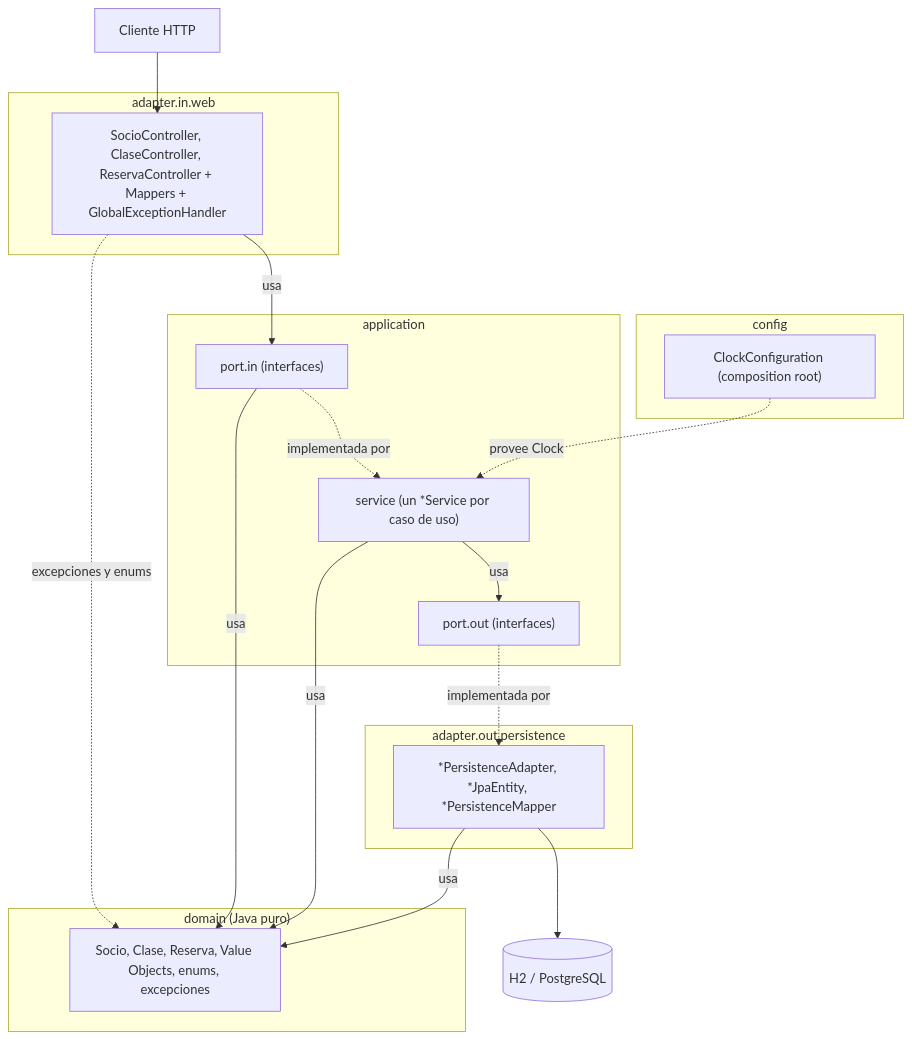
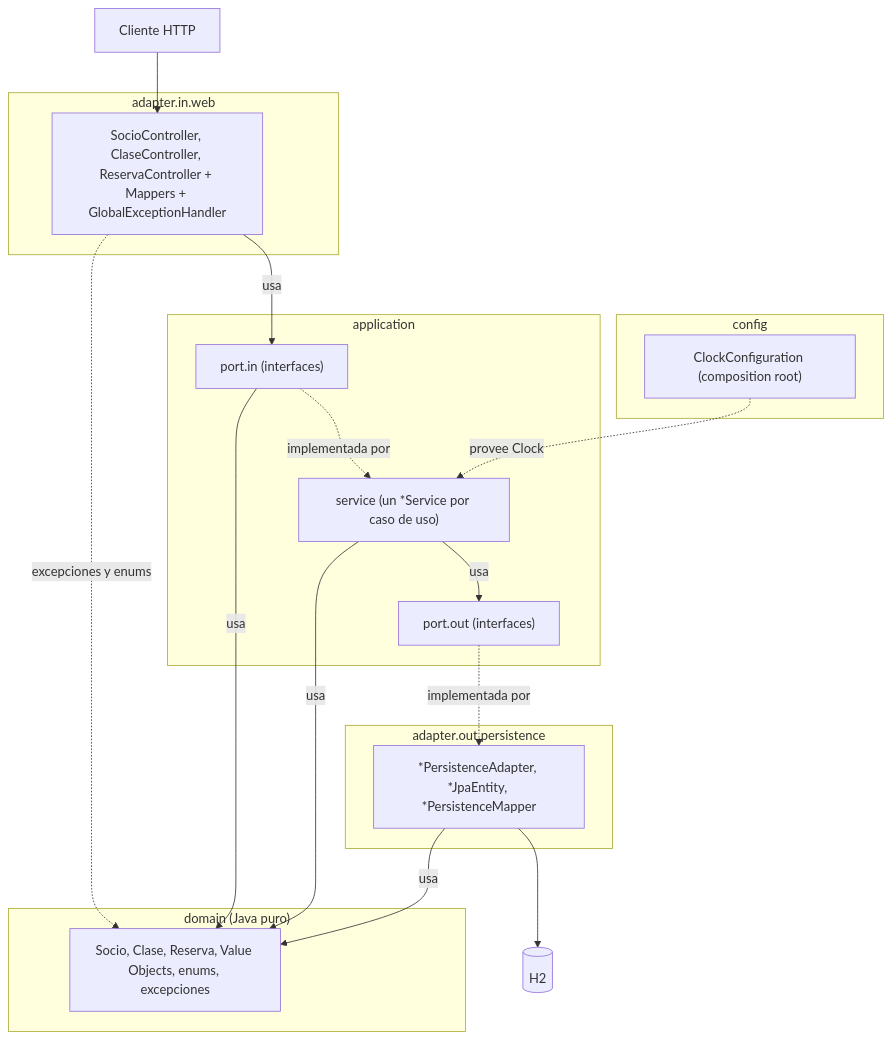
One commit to neft007/examenAiSpecDrivenDevelopment changed the first of 2 diagrams in specs/architecture/architecture.md. Above: the diagram before and after it, drawn with Mermaid.

Commit message:
design: quitar PostgreSQL del diagrama de capas (D-01)
ADR-0005 solo acepta H2 en memoria; PostgreSQL requeriría un ADR que lo reemplace.

````diff
--- a/specs/architecture/architecture.md
+++ b/specs/architecture/architecture.md
@@ -12,34 +12,34 @@
 ```mermaid
 flowchart TB
     CLIENT["Cliente HTTP"]
     subgraph AIN["adapter.in.web"]
         CTRL["SocioController, ClaseController, ReservaController + Mappers + GlobalExceptionHandler"]
     end
     subgraph APP["application"]
         UCI["port.in (interfaces)"]
         SVC["service (un *Service por caso de uso)"]
         PP["port.out (interfaces)"]
     end
     subgraph DOM["domain (Java puro)"]
         AGG["Socio, Clase, Reserva, Value Objects, enums, excepciones"]
     end
     subgraph AOUT["adapter.out.persistence"]
         PAD["*PersistenceAdapter, *JpaEntity, *PersistenceMapper"]
     end
     subgraph CFG["config"]
         CC["ClockConfiguration (composition root)"]
     end
-    DB[("H2 / PostgreSQL")]
+    DB[("H2")]
 
     CLIENT --> CTRL
     CTRL -- "usa" --> UCI
     CTRL -. "excepciones y enums" .-> AGG
     UCI -. "implementada por" .-> SVC
     UCI -- "usa" --> AGG
     SVC -- "usa" --> AGG
     SVC -- "usa" --> PP
     PP -. "implementada por" .-> PAD
     PAD -- "usa" --> AGG
     PAD --> DB
     CC -. "provee Clock" .-> SVC
 ```
````
